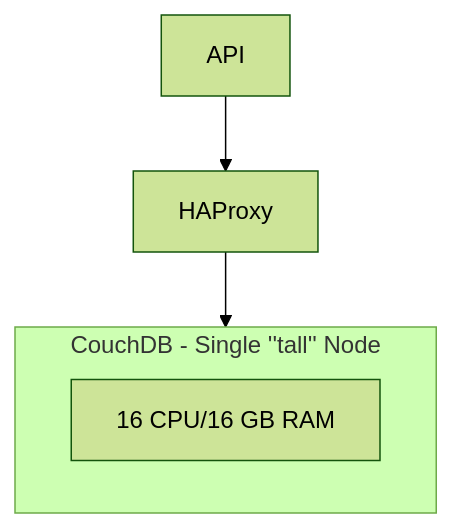
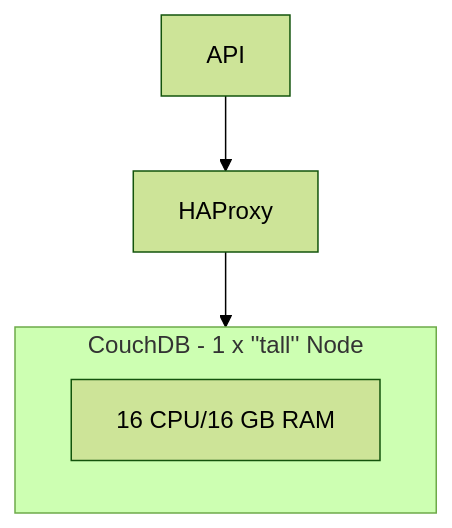
The second of 3 diagrams in content/en/hosting/vertical-vs-horizontal.md (medic/cht-docs), drawn with Mermaid (forest theme) before and after one commit. The commit also changed other lines of this file, not shown here.

Commit message:
fix vert vs horz scaled diagrams per #1573

````diff
--- a/content/en/hosting/vertical-vs-horizontal.md
+++ b/content/en/hosting/vertical-vs-horizontal.md
@@ -41,9 +41,9 @@
 ```mermaid
 flowchart TD
 
-subgraph couch2[" CouchDB - Single ''tall'' Node "]
+subgraph couch2[" CouchDB - 1 x ''tall'' Node "]
     couchInner2["16 CPU/16 GB RAM"]
 end
 
 API["API"] --> HAProxy -->  couch2
 ```
````
